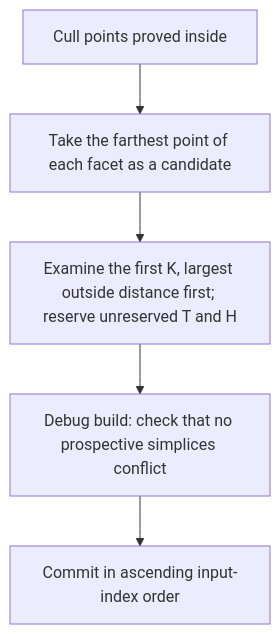
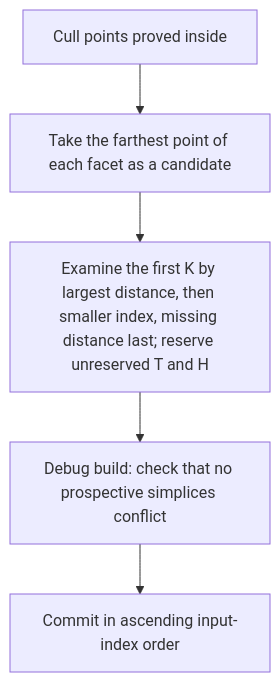
The second of 2 diagrams in docs/design.md (YUKIKEDA/convx), drawn with Mermaid before and after one commit. The commit also changed other lines of this file and 11 other files, not shown here.

````diff
--- a/docs/design.md
+++ b/docs/design.md
@@ -216,9 +216,9 @@
 ```mermaid
 flowchart TD
     scan["Cull points proved inside"]
     pick["Take the farthest point of each facet as a candidate"]
-    reserve["Examine the first K, largest outside distance first; reserve unreserved T and H"]
+    reserve["Examine the first K by largest distance, then smaller index, missing distance last; reserve unreserved T and H"]
     conflict["Debug build: check that no prospective simplices conflict"]
     commit["Commit in ascending input-index order"]
     scan --> pick --> reserve --> conflict --> commit
 ```
````
